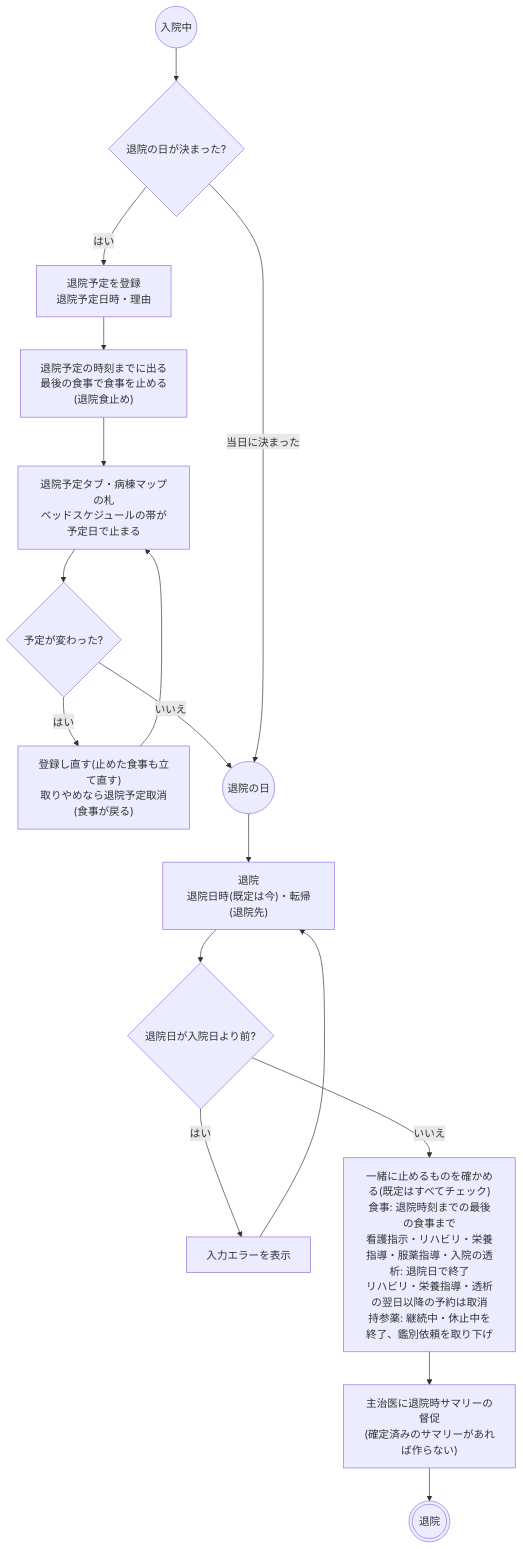
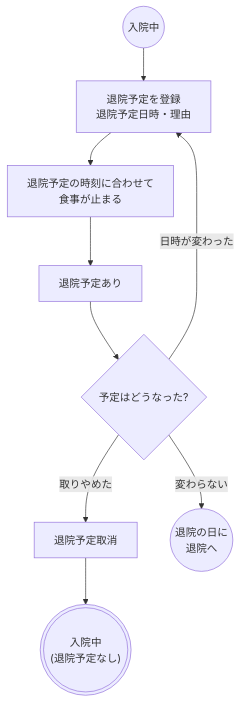
Before and after one commit to ysnr-dev/fhir-client-docs: the seventh of 8 diagrams in docs/flows/admission-discharge.md, drawn with Mermaid. The commit also changed other lines of this file and 43 other files, not shown here.

Commit message:
docs: 業務フローとシーケンス図を写し直し

````diff
--- a/docs/flows/admission-discharge.md
+++ b/docs/flows/admission-discharge.md
@@ -225,26 +339,16 @@
 ```mermaid
 flowchart TD
   course(("入院中"))
-  planQ{"退院の日が決まった?"}
   dplan["退院予定を登録<br/>退院予定日時・理由"]
-  planMeal["退院予定の時刻までに出る<br/>最後の食事で食事を止める<br/>(退院食止め)"]
-  planned["退院予定タブ・病棟マップの札<br/>ベッドスケジュールの帯が予定日で止まる"]
-  change{"予定が変わった?"}
-  replan["登録し直す(止めた食事も立て直す)<br/>取りやめなら退院予定取消(食事が戻る)"]
-  dday(("退院の日"))
-  modal["退院<br/>退院日時(既定は今)・転帰(退院先)"]
-  dateQ{"退院日が入院日より前?"}
-  error["入力エラーを表示"]
-  stops["一緒に止めるものを確かめる(既定はすべてチェック)<br/>食事: 退院時刻までの最後の食事まで<br/>看護指示・リハビリ・栄養指導・服薬指導・入院の透析: 退院日で終了<br/>リハビリ・栄養指導・透析の翌日以降の予約は取消<br/>持参薬: 継続中・休止中を終了、鑑別依頼を取り下げ"]
-  due["主治医に退院時サマリーの督促<br/>(確定済みのサマリーがあれば作らない)"]
-  done((("退院")))
+  planMeal["退院予定の時刻に合わせて<br/>食事が止まる"]
+  planned["退院予定あり"]
+  change{"予定はどうなった?"}
+  cancelPlan["退院予定取消"]
+  back((("入院中<br/>(退院予定なし)")))
+  dday(("退院の日に<br/>退院へ"))
 
-  course --> planQ
-  planQ -- "はい" --> dplan --> planMeal --> planned --> change
-  change -- "はい" --> replan --> planned
-  change -- "いいえ" --> dday
-  planQ -- "当日に決まった" --> dday
-  dday --> modal --> dateQ
-  dateQ -- "はい" --> error --> modal
-  dateQ -- "いいえ" --> stops --> due --> done
+  course --> dplan --> planMeal --> planned --> change
+  change -- "日時が変わった" --> dplan
+  change -- "取りやめた" --> cancelPlan --> back
+  change -- "変わらない" --> dday
 ```
````
